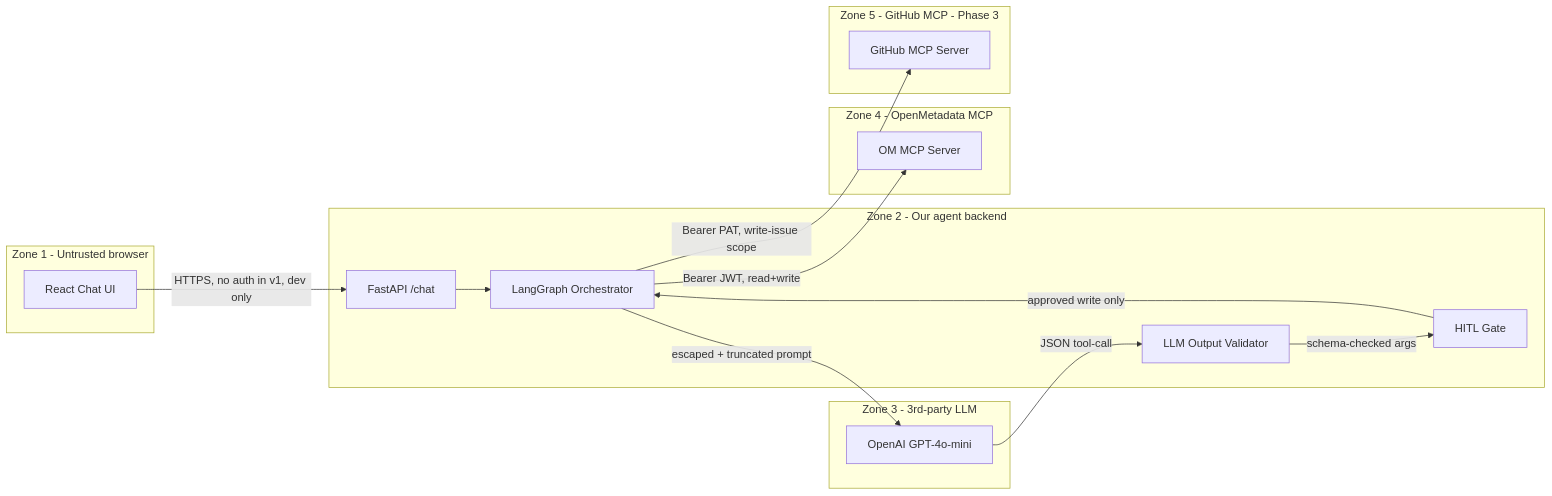
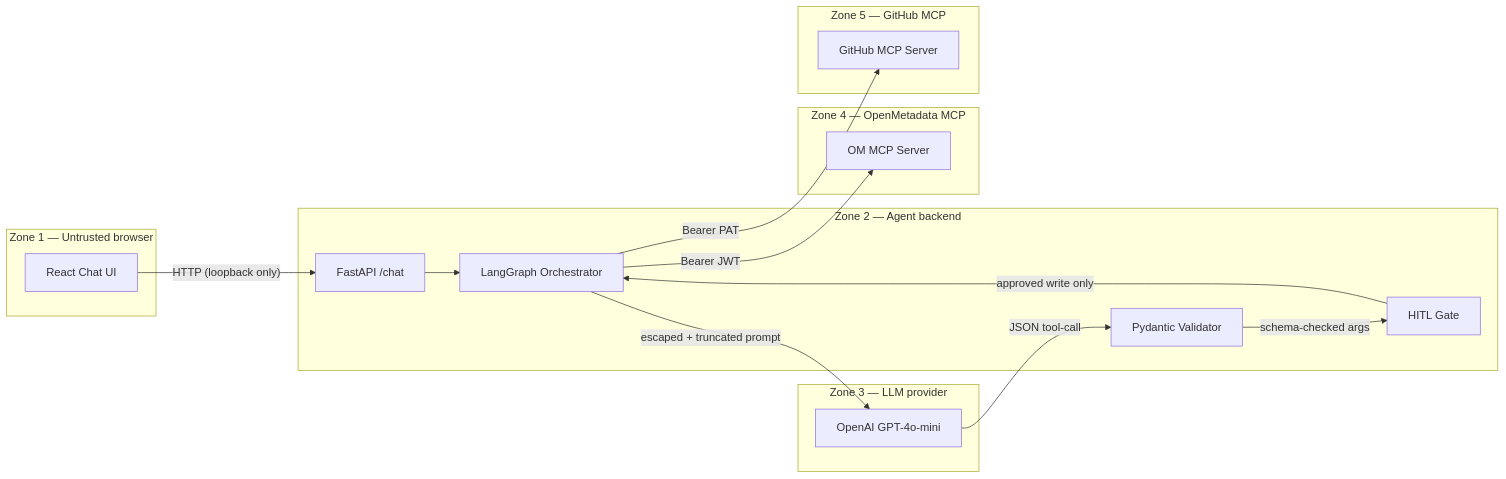
Before and after one commit to GunaPalanivel/openmetadata-mcp-agent: the diagram in README.md, drawn with Mermaid. The commit also changed other lines of this file and 8 other files, not shown here.

First line of the commit message:
update all docs and diagrams for hackathon final submission

````diff
--- a/README.md
+++ b/README.md
@@ -74,30 +72,30 @@
 ```mermaid
 flowchart LR
-  subgraph zoneUser [Zone 1 - Untrusted browser]
+  subgraph zoneUser [Zone 1 — Untrusted browser]
     Browser["React Chat UI"]
   end
-  subgraph zoneApp [Zone 2 - Our agent backend]
+  subgraph zoneApp [Zone 2 — Agent backend]
     FastAPI["FastAPI /chat"]
     Agent["LangGraph Orchestrator"]
-    Validator["LLM Output Validator"]
+    Validator["Pydantic Validator"]
     Confirm["HITL Gate"]
   end
-  subgraph zoneLLM [Zone 3 - 3rd-party LLM]
+  subgraph zoneLLM [Zone 3 — LLM provider]
     OpenAI["OpenAI GPT-4o-mini"]
   end
-  subgraph zoneOM [Zone 4 - OpenMetadata MCP]
+  subgraph zoneOM [Zone 4 — OpenMetadata MCP]
     OMMCP["OM MCP Server"]
   end
-  subgraph zoneGH [Zone 5 - GitHub MCP - Phase 3]
+  subgraph zoneGH [Zone 5 — GitHub MCP]
     GHMCP["GitHub MCP Server"]
   end
 
-  Browser -->|"HTTPS, no auth in v1, dev only"| FastAPI
+  Browser -->|"HTTP (loopback only)"| FastAPI
   FastAPI --> Agent
   Agent -->|"escaped + truncated prompt"| OpenAI
   OpenAI -->|"JSON tool-call"| Validator
   Validator -->|"schema-checked args"| Confirm
   Confirm -->|"approved write only"| Agent
-  Agent -->|"Bearer JWT, read+write"| OMMCP
-  Agent -->|"Bearer PAT, write-issue scope"| GHMCP
+  Agent -->|"Bearer JWT"| OMMCP
+  Agent -->|"Bearer PAT"| GHMCP
 ```
````
